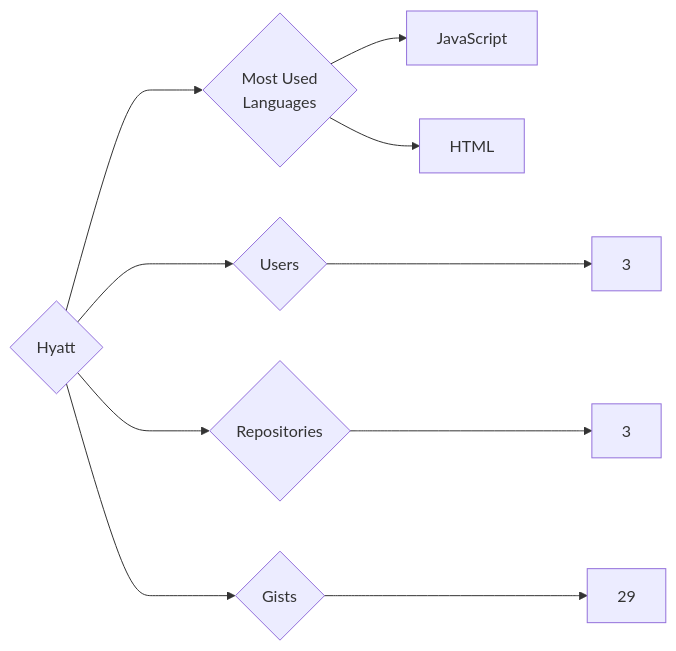
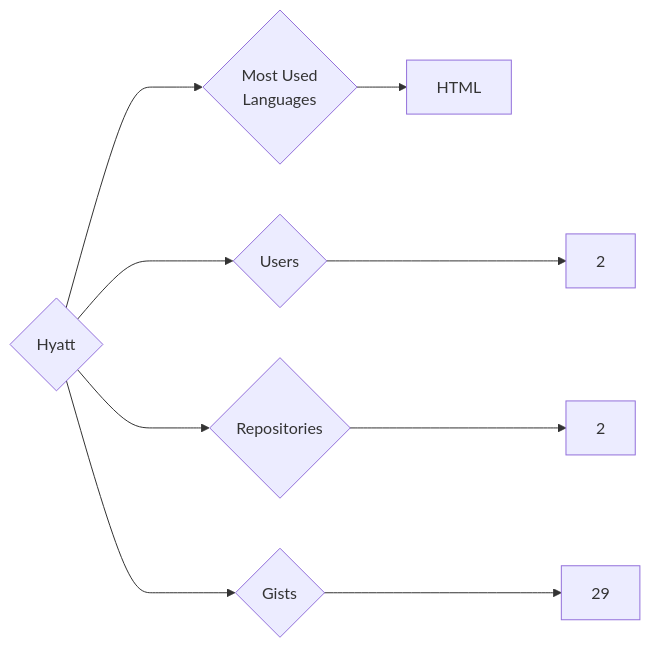
The diagram in targets/Hyatt/README.md (trickest/insiders), drawn with Mermaid before and after one commit. The commit also changed 783 other files, not shown here.

````diff
--- a/targets/Hyatt/README.md
+++ b/targets/Hyatt/README.md
@@ -3,10 +3,9 @@
 ```mermaid
 graph LR
 COMPANY_NAME{Hyatt}
-COMPANY_NAME ---> U{Users} ---> UN[3]
-COMPANY_NAME ---> R{Repositories} ---> RN[3]
+COMPANY_NAME ---> U{Users} ---> UN[2]
+COMPANY_NAME ---> R{Repositories} ---> RN[2]
 COMPANY_NAME ---> G{Gists} ---> GN[29]
 COMPANY_NAME ---> ML{Most Used<br>Languages}
-ML --> JavaScript[JavaScript]
 ML --> HTML[HTML]
 ```
````
